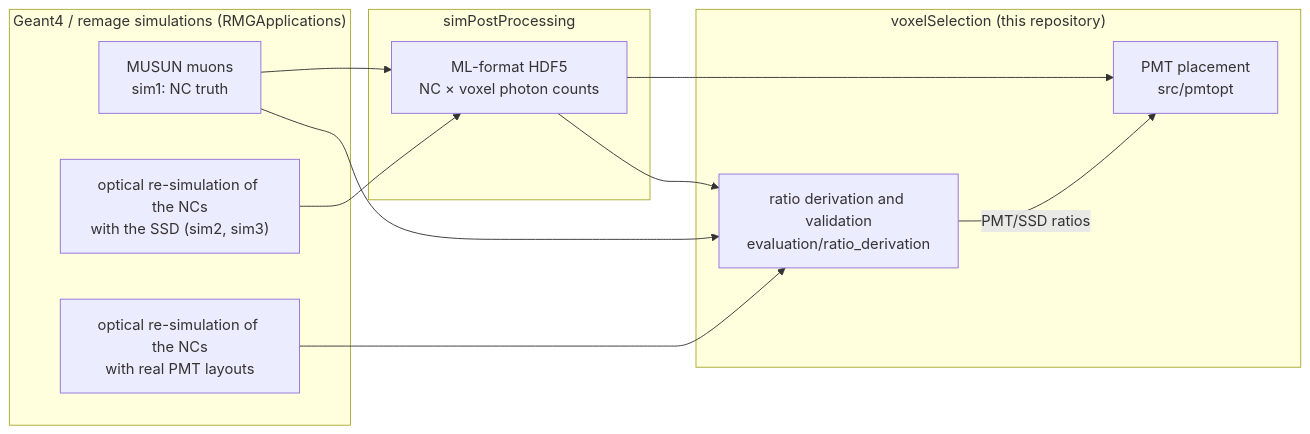
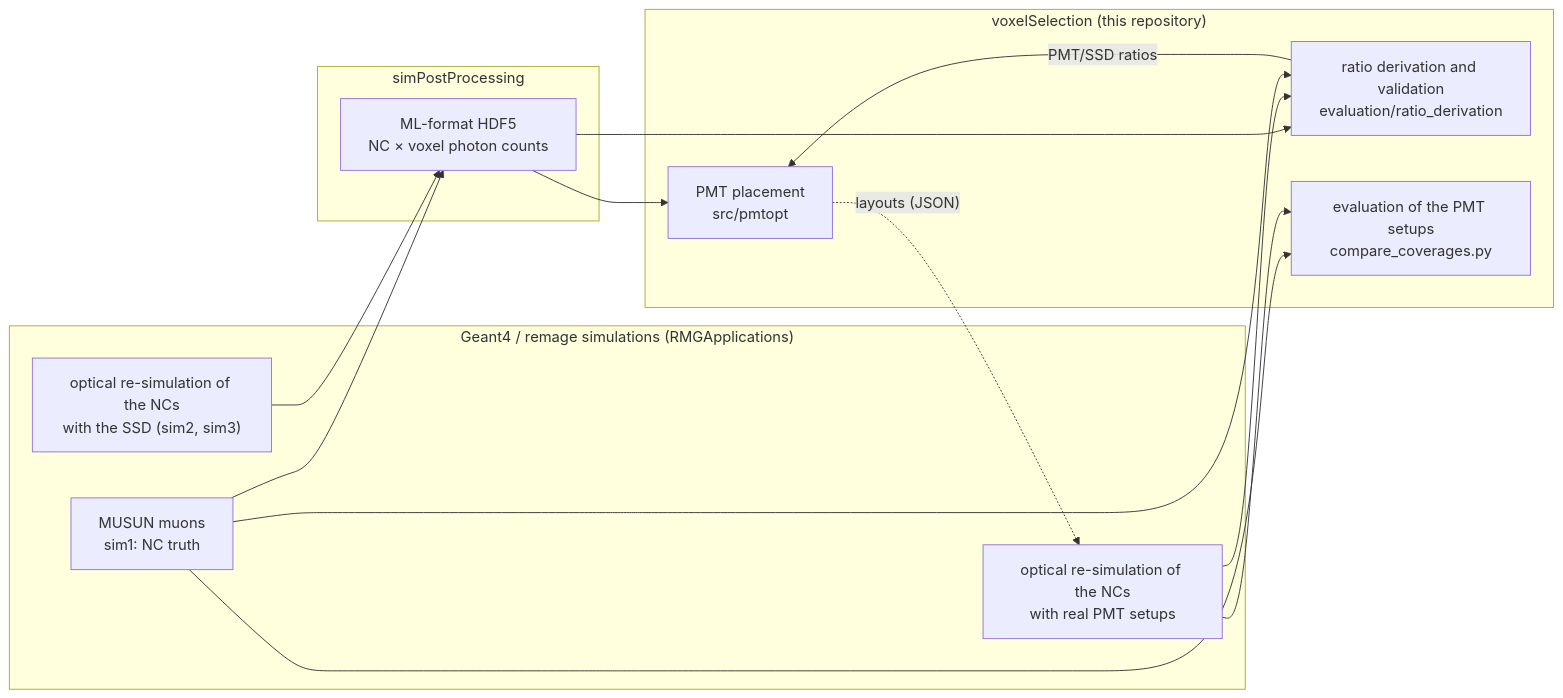
Before and after one commit to UniThommi/voxelSelection: the diagram in README.md, drawn with Mermaid. The commit also changed other lines of this file and 22 other files, not shown here.

````diff
--- a/README.md
+++ b/README.md
@@ -38,22 +39,26 @@
 ```mermaid
 flowchart LR
     subgraph sim["Geant4 / remage simulations (RMGApplications)"]
         A["MUSUN muons<br/>sim1: NC truth"]
         B["optical re-simulation of the NCs<br/>with the SSD (sim2, sim3)"]
-        P["optical re-simulation of the NCs<br/>with real PMT layouts"]
+        P["optical re-simulation of the NCs<br/>with real PMT setups"]
     end
     subgraph pp["simPostProcessing"]
         M["ML-format HDF5<br/>NC × voxel photon counts"]
     end
     subgraph vs["voxelSelection (this repository)"]
+        G["PMT placement<br/>src/pmtopt"]
         R["ratio derivation and validation<br/>evaluation/ratio_derivation"]
-        G["PMT placement<br/>src/pmtopt"]
+        E["evaluation of the PMT setups<br/>compare_coverages.py"]
     end
     A --> M
     B --> M
     M --> G
     M --> R
     P --> R
     A --> R
     R -->|"PMT/SSD ratios"| G
+    G -.->|"layouts (JSON)"| P
+    A --> E
+    P --> E
 ```
````
